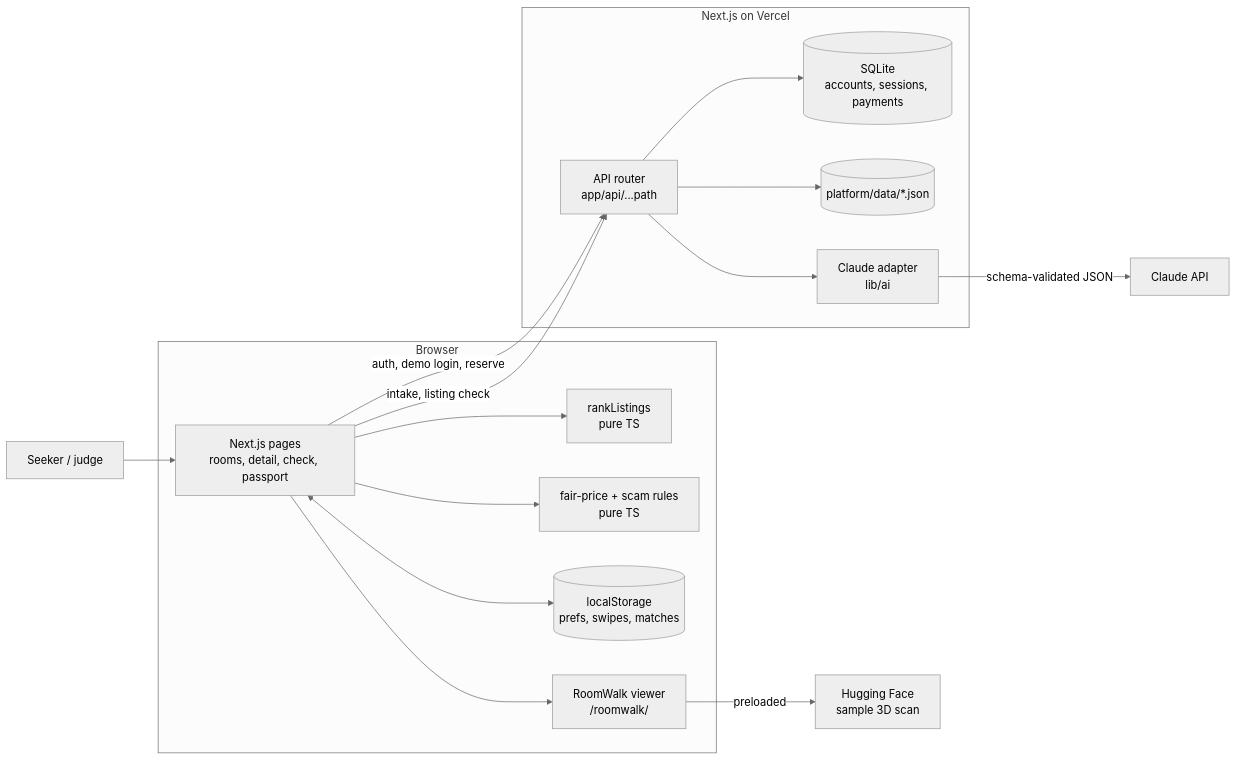
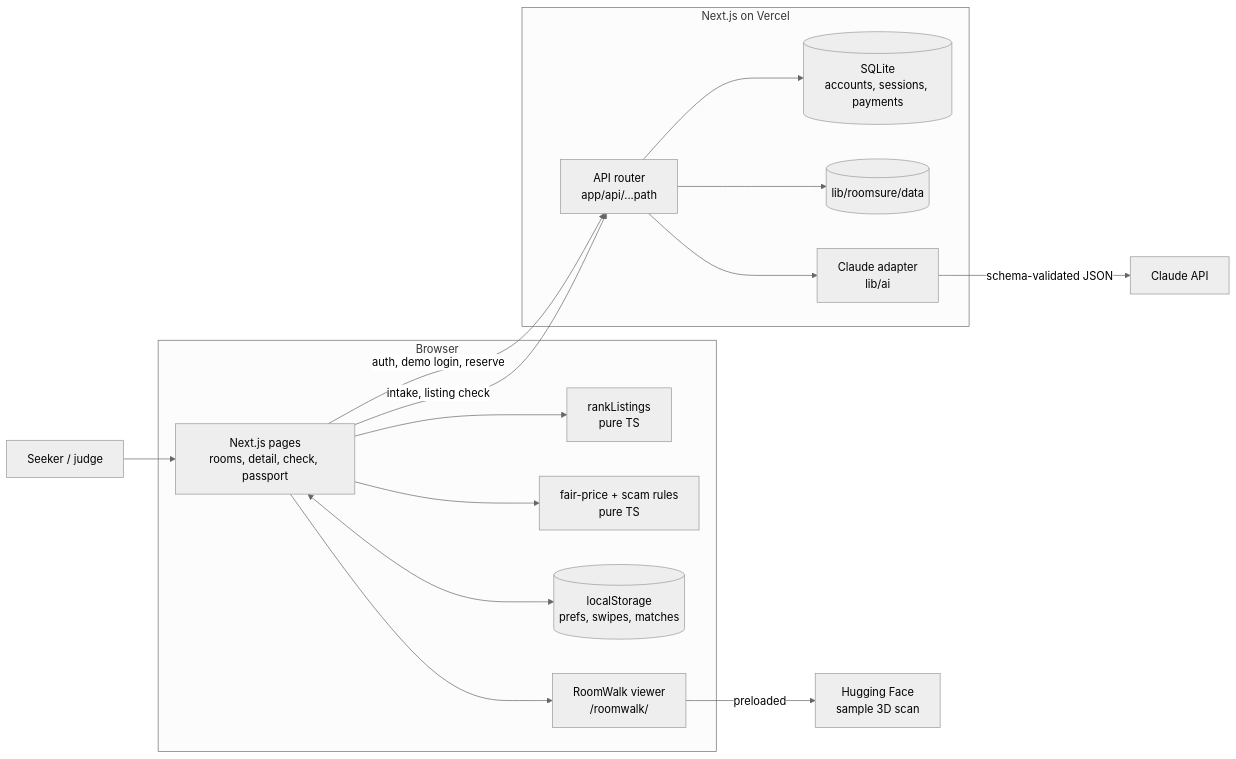
The diagram in ARCHITECTURE.md (DivyaPrakash04/emergent-hacks), drawn with Mermaid (neutral theme) before and after one commit. The commit also changed other lines of this file and 21 other files, not shown here.

First line of the commit message:
Add the Roomsure brain: trust switch, deck, demo data, scam rules, mock API

````diff
--- a/ARCHITECTURE.md
+++ b/ARCHITECTURE.md
@@ -27,32 +27,32 @@
 ```mermaid
 flowchart LR
   User[Seeker / judge]
   subgraph Browser
     UI[Next.js pages<br/>rooms, detail, check, passport]
     Rank[rankListings<br/>pure TS]
     Trust[fair-price + scam rules<br/>pure TS]
     LS[(localStorage<br/>prefs, swipes, matches)]
     Viewer[RoomWalk viewer<br/>/roomwalk/]
   end
   subgraph Server[Next.js on Vercel]
     API[API router<br/>app/api/...path]
     DB[(SQLite<br/>accounts, sessions, payments)]
-    Seed[(platform/data/*.json)]
+    Seed[(lib/roomsure/data)]
     AI[Claude adapter<br/>lib/ai]
   end
   Claude[Claude API]
   HF[Hugging Face<br/>sample 3D scan]
 
   User --> UI
   UI <--> LS
   UI --> Rank
   UI --> Trust
   UI -->|auth, demo login, reserve| API
   UI -->|intake, listing check| API
   API --> DB
   API --> Seed
   API --> AI
   AI -->|schema-validated JSON| Claude
   UI --> Viewer
   Viewer -->|preloaded| HF
 ```
````
